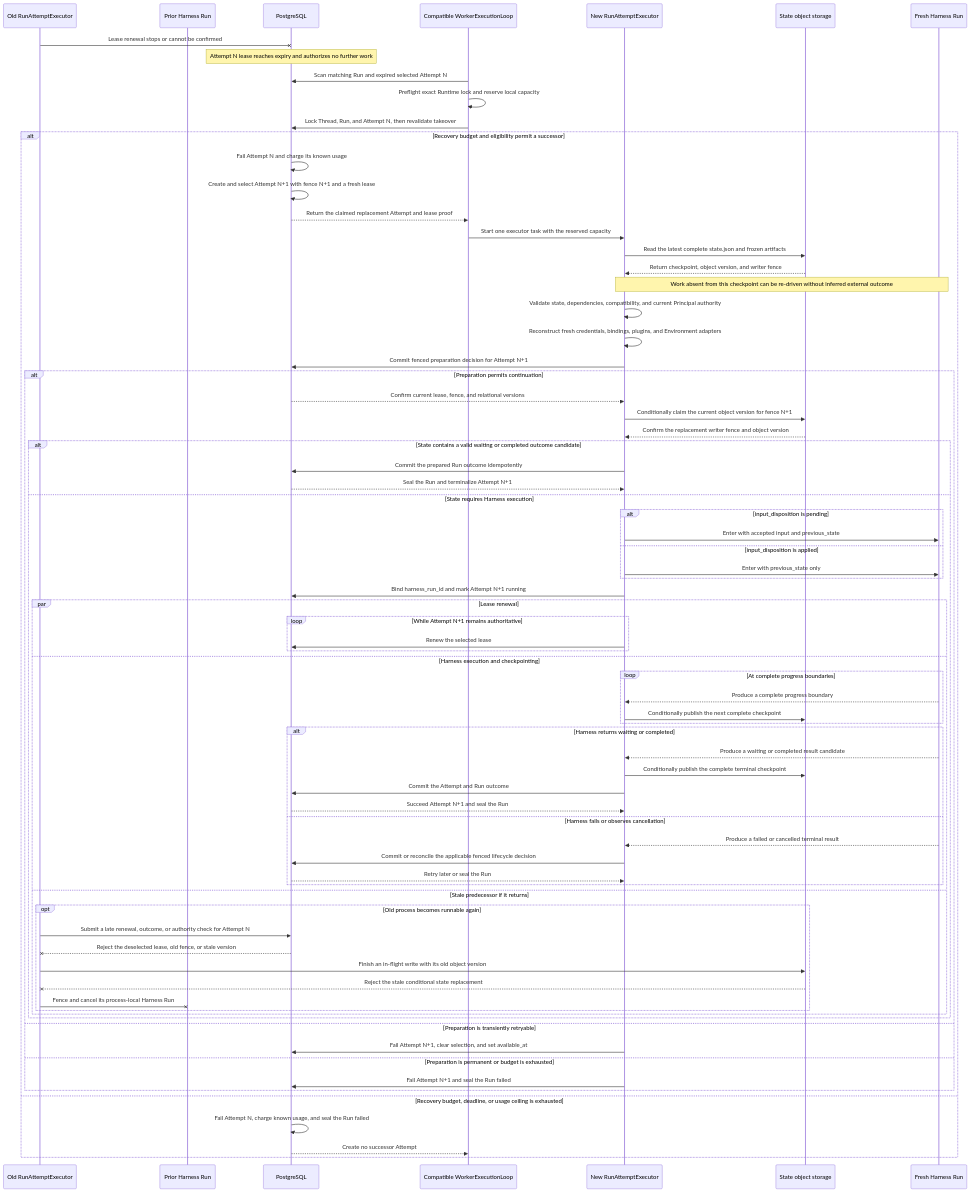
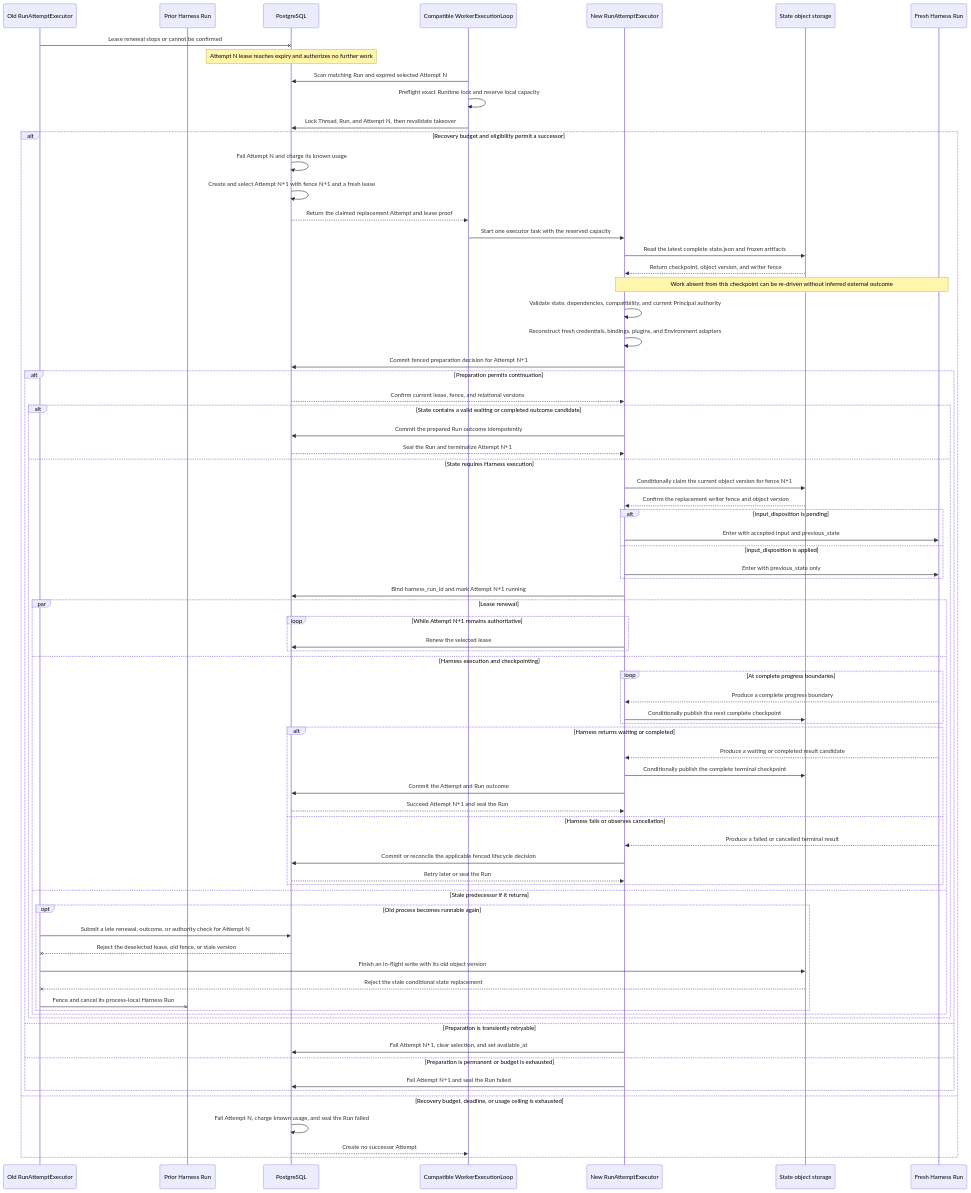
One commit to converge-ai-labs/agent-foundation changed the third of 3 diagrams in spec/foundation-service/13-run-attempt-scheduling-and-recovery.md. Above: the diagram before and after it, drawn with Mermaid. The commit also changed other lines of this file and 82 other files, not shown here.

````diff
--- a/spec/foundation-service/13-run-attempt-scheduling-and-recovery.md
+++ b/spec/foundation-service/13-run-attempt-scheduling-and-recovery.md
@@ -283,79 +278,79 @@
 ```mermaid
 sequenceDiagram
     participant Old as Old RunAttemptExecutor
     participant OldHarness as Prior Harness Run
     participant DB as PostgreSQL
     participant Claimant as Compatible WorkerExecutionLoop
     participant New as New RunAttemptExecutor
     participant Objects as State object storage
     participant Harness as Fresh Harness Run
 
     Old-xDB: Lease renewal stops or cannot be confirmed
     Note over DB: Attempt N lease reaches expiry and authorizes no further work
     Claimant->>DB: Scan matching Run and expired selected Attempt N
     Claimant->>Claimant: Preflight exact Runtime lock and reserve local capacity
     Claimant->>DB: Lock Thread, Run, and Attempt N, then revalidate takeover
     alt Recovery budget and eligibility permit a successor
         DB->>DB: Fail Attempt N and charge its known usage
         DB->>DB: Create and select Attempt N+1 with fence N+1 and a fresh lease
         DB-->>Claimant: Return the claimed replacement Attempt and lease proof
         Claimant->>New: Start one executor task with the reserved capacity
         New->>Objects: Read the latest complete state.json and frozen artifacts
         Objects-->>New: Return checkpoint, object version, and writer fence
         Note over New,Harness: Work absent from this checkpoint can be re-driven without inferred external outcome
         New->>New: Validate state, dependencies, compatibility, and current Principal authority
         New->>New: Reconstruct fresh credentials, bindings, plugins, and Environment adapters
         New->>DB: Commit fenced preparation decision for Attempt N+1
         alt Preparation permits continuation
             DB-->>New: Confirm current lease, fence, and relational versions
-            New->>Objects: Conditionally claim the current object version for fence N+1
-            Objects-->>New: Confirm the replacement writer fence and object version
             alt State contains a valid waiting or completed outcome candidate
                 New->>DB: Commit the prepared Run outcome idempotently
                 DB-->>New: Seal the Run and terminalize Attempt N+1
             else State requires Harness execution
+                New->>Objects: Conditionally claim the current object version for fence N+1
+                Objects-->>New: Confirm the replacement writer fence and object version
                 alt input_disposition is pending
                     New->>Harness: Enter with accepted input and previous_state
                 else input_disposition is applied
                     New->>Harness: Enter with previous_state only
                 end
                 New->>DB: Bind harness_run_id and mark Attempt N+1 running
                 par Lease renewal
                     loop While Attempt N+1 remains authoritative
                         New->>DB: Renew the selected lease
                     end
                 and Harness execution and checkpointing
                     loop At complete progress boundaries
                         Harness-->>New: Produce a complete progress boundary
                         New->>Objects: Conditionally publish the next complete checkpoint
                     end
                     alt Harness returns waiting or completed
                         Harness-->>New: Produce a waiting or completed result candidate
                         New->>Objects: Conditionally publish the complete terminal checkpoint
                         New->>DB: Commit the Attempt and Run outcome
                         DB-->>New: Succeed Attempt N+1 and seal the Run
                     else Harness fails or observes cancellation
                         Harness-->>New: Produce a failed or cancelled terminal result
                         New->>DB: Commit or reconcile the applicable fenced lifecycle decision
                         DB-->>New: Retry later or seal the Run
                     end
                 and Stale predecessor if it returns
                     opt Old process becomes runnable again
                         Old->>DB: Submit a late renewal, outcome, or authority check for Attempt N
                         DB--xOld: Reject the deselected lease, old fence, or stale version
                         Old->>Objects: Finish an in-flight write with its old object version
                         Objects--xOld: Reject the stale conditional state replacement
                         Old-xOldHarness: Fence and cancel its process-local Harness Run
                     end
                 end
             end
         else Preparation is transiently retryable
             New->>DB: Fail Attempt N+1, clear selection, and set available_at
         else Preparation is permanent or budget is exhausted
             New->>DB: Fail Attempt N+1 and seal the Run failed
         end
     else Recovery budget, deadline, or usage ceiling is exhausted
         DB->>DB: Fail Attempt N, charge known usage, and seal the Run failed
         DB-->>Claimant: Create no successor Attempt
     end
 ```
````
